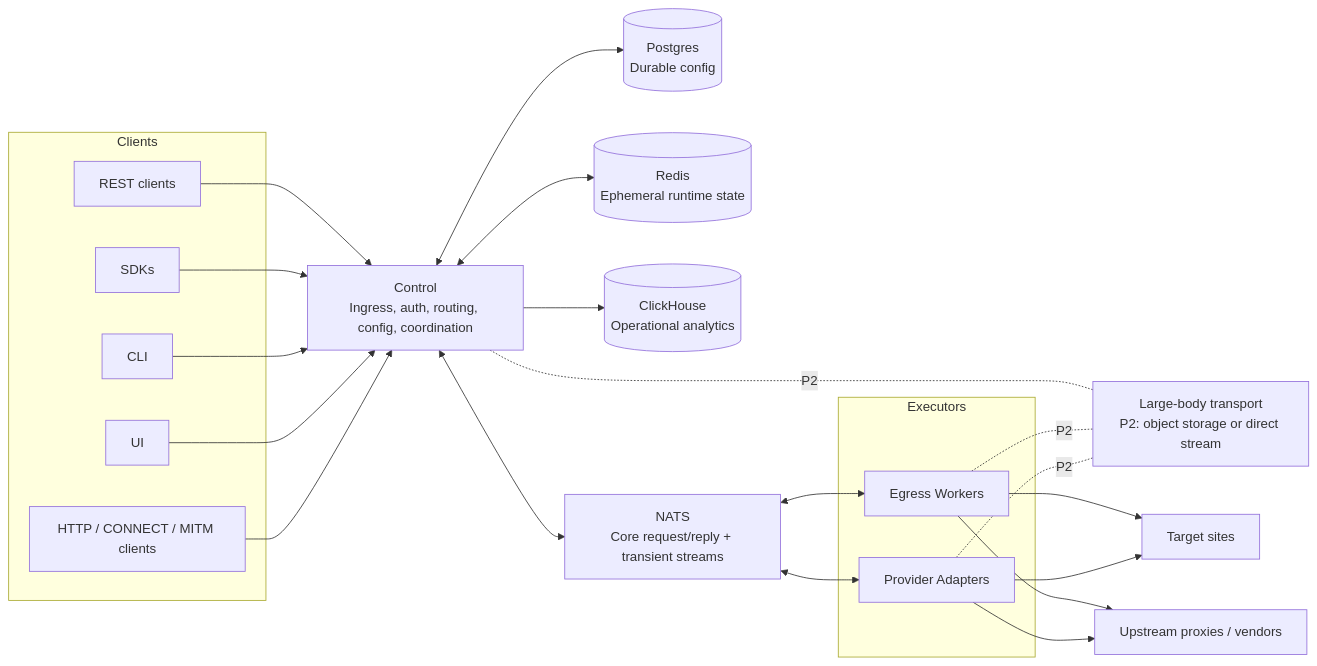
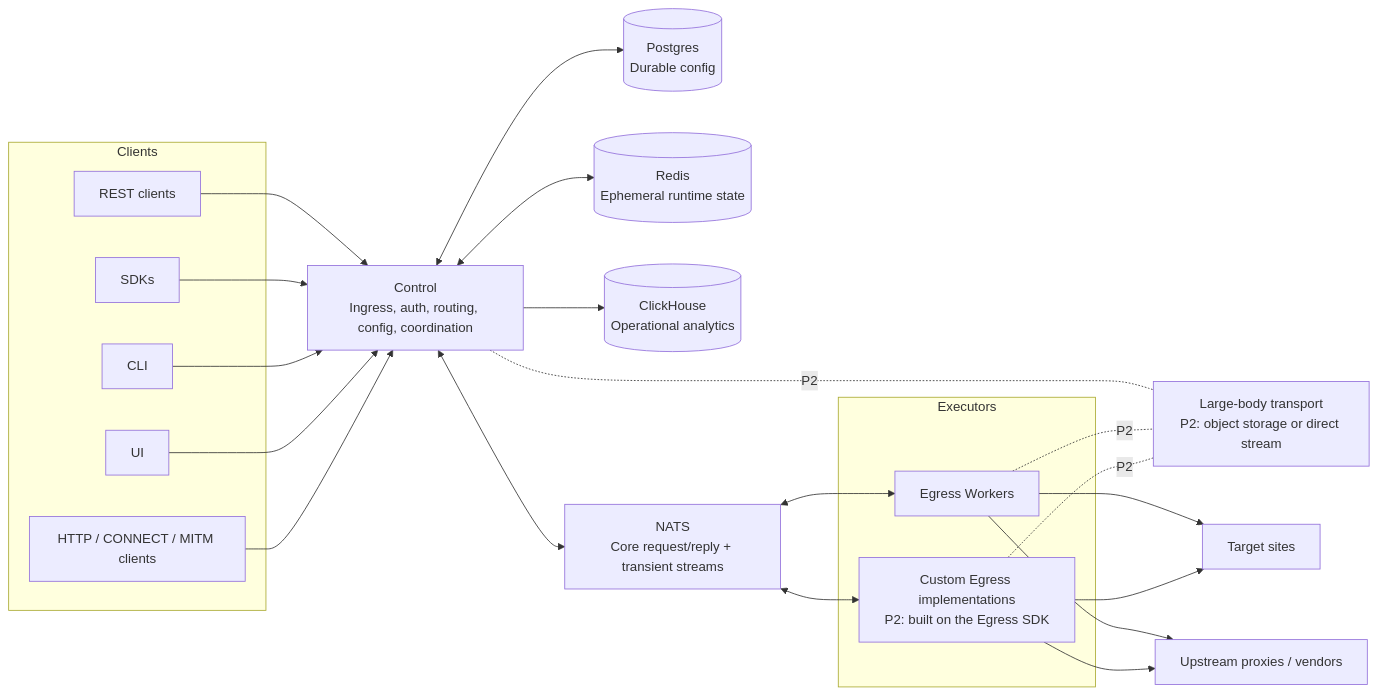
One commit to beremaran/straw-oss changed the diagram in docs/planning/04-canonical-architecture.md. Above: the diagram before and after it, drawn with Mermaid. The commit also changed 14 other files, not shown here.

Commit message:
docs: replace provider adapter concept with egress sdk

````diff
--- a/docs/planning/04-canonical-architecture.md
+++ b/docs/planning/04-canonical-architecture.md
@@ -22,44 +22,44 @@
 ```mermaid
 flowchart LR
   subgraph Clients
     REST[REST clients]
     SDK[SDKs]
     CLI[CLI]
     UI[UI]
     Proxy[HTTP / CONNECT / MITM clients]
   end
 
   Control[Control\nIngress, auth, routing, config, coordination]
   PG[(Postgres\nDurable config)]
   Redis[(Redis\nEphemeral runtime state)]
   CH[(ClickHouse\nOperational analytics)]
   NATS[NATS\nCore request/reply + transient streams]
 
   subgraph Executors
     Egress[Egress Workers]
-    Adapter[Provider Adapters]
+    Custom[Custom Egress implementations\nP2: built on the Egress SDK]
   end
 
   Body[Large-body transport\nP2: object storage or direct stream]
   Targets[Target sites]
   Vendors[Upstream proxies / vendors]
 
   REST --> Control
   SDK --> Control
   CLI --> Control
   UI --> Control
   Proxy --> Control
   Control <--> PG
   Control <--> Redis
   Control --> CH
   Control <--> NATS
   NATS <--> Egress
-  NATS <--> Adapter
+  NATS <--> Custom
   Control -. P2 .- Body
   Egress -. P2 .- Body
-  Adapter -. P2 .- Body
+  Custom -. P2 .- Body
   Egress --> Targets
   Egress --> Vendors
-  Adapter --> Vendors
-  Adapter --> Targets
+  Custom --> Vendors
+  Custom --> Targets
 ```
````
